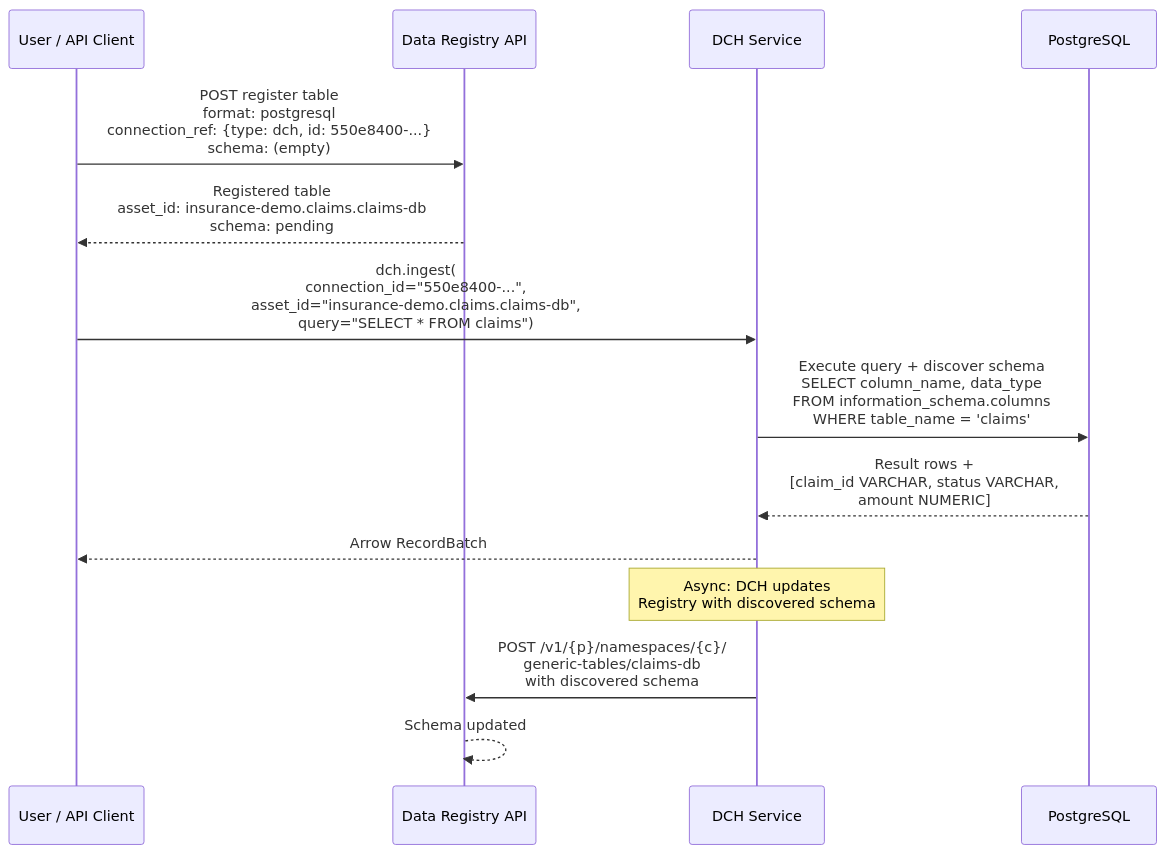
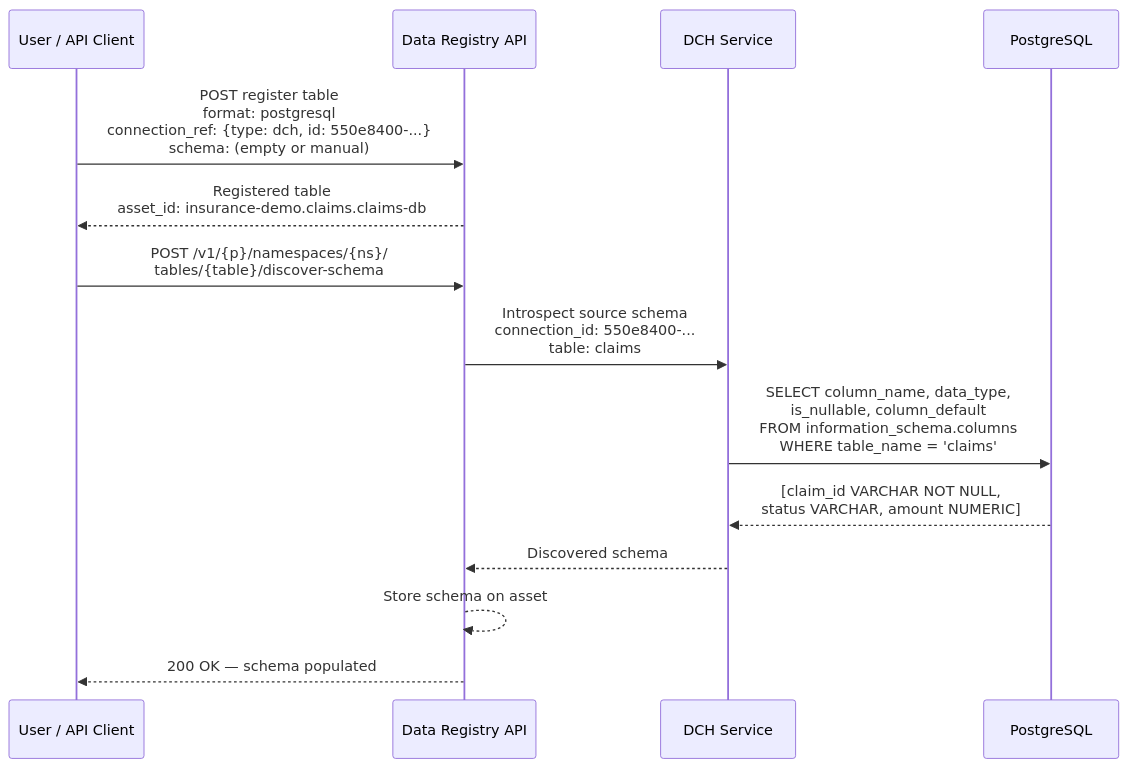
Before and after one commit to opendatahub-io/architecture-decision-records: the first of 2 diagrams in architecture-decision-records/data-registry/ODH-ADR-DR-0003-data-registry-dch-future-integration.md, drawn with Mermaid. The commit also changed other lines of this file, not shown here.

````diff
--- a/architecture-decision-records/data-registry/ODH-ADR-DR-0003-data-registry-dch-future-integration.md
+++ b/architecture-decision-records/data-registry/ODH-ADR-DR-0003-data-registry-dch-future-integration.md
@@ -52,21 +54,18 @@
 ```mermaid
 sequenceDiagram
     participant User as User / API Client
     participant DR as Data Registry API
     participant DCH as DCH Service
     participant PG as PostgreSQL
 
-    User->>DR: POST register table<br/>format: postgresql<br/>connection_ref: {type: dch, id: 550e8400-...}<br/>schema: (empty)
-    DR-->>User: Registered table<br/>asset_id: insurance-demo.claims.claims-db<br/>schema: pending
+    User->>DR: POST register table<br/>format: postgresql<br/>connection_ref: {type: dch, id: 550e8400-...}<br/>schema: (empty or manual)
+    DR-->>User: Registered table<br/>asset_id: insurance-demo.claims.claims-db
 
-    User->>DCH: dch.ingest(<br/>connection_id="550e8400-...",<br/>asset_id="insurance-demo.claims.claims-db",<br/>query="SELECT * FROM claims")
-
-    DCH->>PG: Execute query + discover schema<br/>SELECT column_name, data_type<br/>FROM information_schema.columns<br/>WHERE table_name = 'claims'
-    PG-->>DCH: Result rows +<br/>[claim_id VARCHAR, status VARCHAR,<br/>amount NUMERIC]
-    DCH-->>User: Arrow RecordBatch
-
-    Note over DCH: Async: DCH updates<br/>Registry with discovered schema
-
-    DCH->>DR: POST /v1/{p}/namespaces/{c}/<br/>generic-tables/claims-db<br/>with discovered schema
-    DR-->>DR: Schema updated
+    User->>DR: POST /v1/{p}/namespaces/{ns}/<br/>tables/{table}/discover-schema
+    DR->>DCH: Introspect source schema<br/>connection_id: 550e8400-...<br/>table: claims
+    DCH->>PG: SELECT column_name, data_type,<br/>is_nullable, column_default<br/>FROM information_schema.columns<br/>WHERE table_name = 'claims'
+    PG-->>DCH: [claim_id VARCHAR NOT NULL,<br/>status VARCHAR, amount NUMERIC]
+    DCH-->>DR: Discovered schema
+    DR-->>DR: Store schema on asset
+    DR-->>User: 200 OK — schema populated
 ```
````
